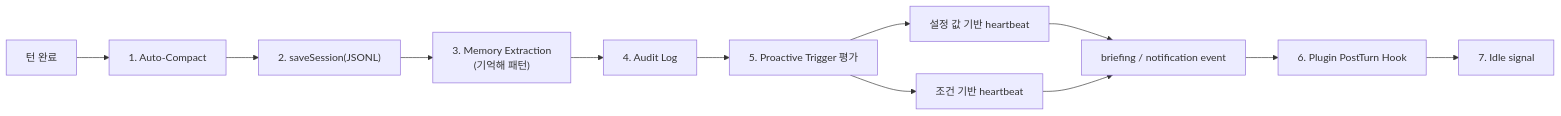
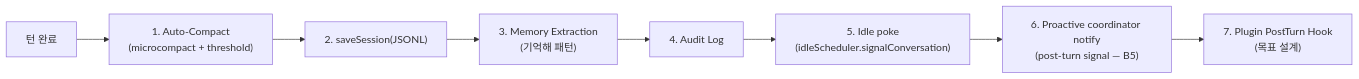
Diagram 12 of 44 in docs/architecture/architecture.md (lvis-project/lvis-app), drawn with Mermaid before and after one commit. The commit also changed other lines of this file and 1 other file, not shown here.

````diff
--- a/docs/architecture/architecture.md
+++ b/docs/architecture/architecture.md
@@ -858,16 +859,12 @@
 ```mermaid
 flowchart LR
     TURN_DONE["턴 완료"]
 
-    TURN_DONE --> COMPACT_CHK["1. Auto-Compact"]
+    TURN_DONE --> COMPACT_CHK["1. Auto-Compact<br/>(microcompact + threshold)"]
     COMPACT_CHK --> SAVE["2. saveSession(JSONL)"]
     SAVE --> MEM_EXT["3. Memory Extraction<br/>(기억해 패턴)"]
     MEM_EXT --> AUDIT_LOG["4. Audit Log"]
-    AUDIT_LOG --> PROACTIVE_EVAL["5. Proactive Trigger 평가"]
-    PROACTIVE_EVAL --> HEARTBEAT_CFG["설정 값 기반 heartbeat"]
-    PROACTIVE_EVAL --> HEARTBEAT_COND["조건 기반 heartbeat"]
-    HEARTBEAT_CFG --> PROACTIVE_EVT["briefing / notification event"]
-    HEARTBEAT_COND --> PROACTIVE_EVT
-    PROACTIVE_EVT --> PLUGIN_HOOK["6. Plugin PostTurn Hook"]
-    PLUGIN_HOOK --> IDLE["7. Idle signal"]
+    AUDIT_LOG --> IDLE["5. Idle poke<br/>(idleScheduler.signalConversation)"]
+    IDLE --> PROACTIVE_NOTIFY["6. Proactive coordinator notify<br/>(post-turn signal — B5)"]
+    PROACTIVE_NOTIFY --> PLUGIN_HOOK["7. Plugin PostTurn Hook<br/>(목표 설계)"]
 ```
````
